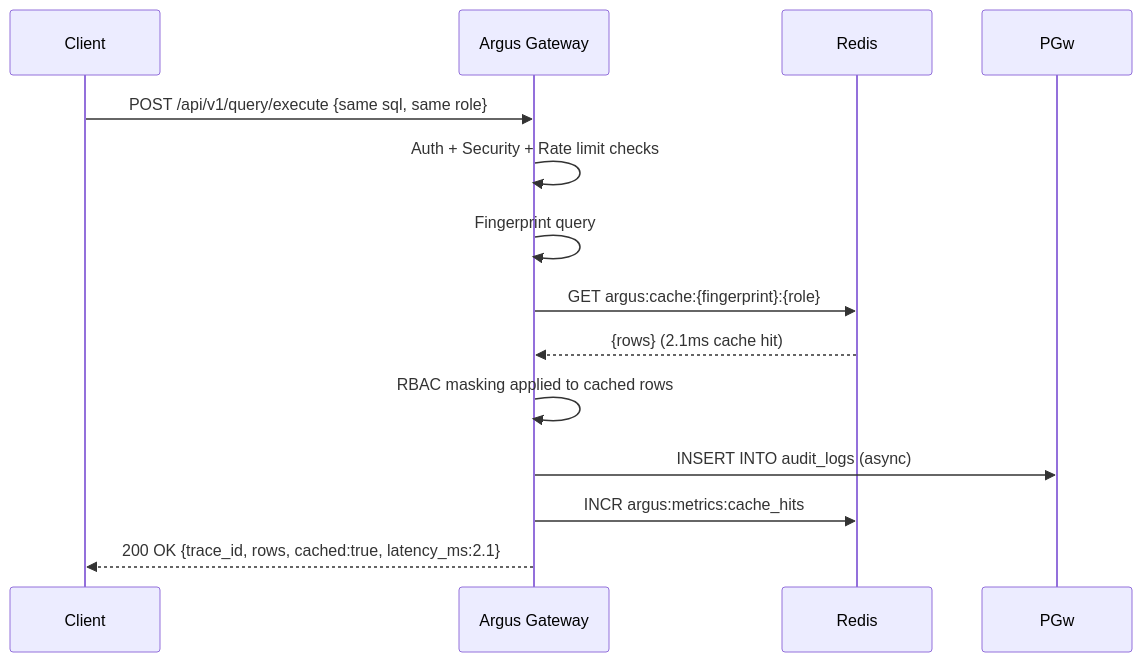
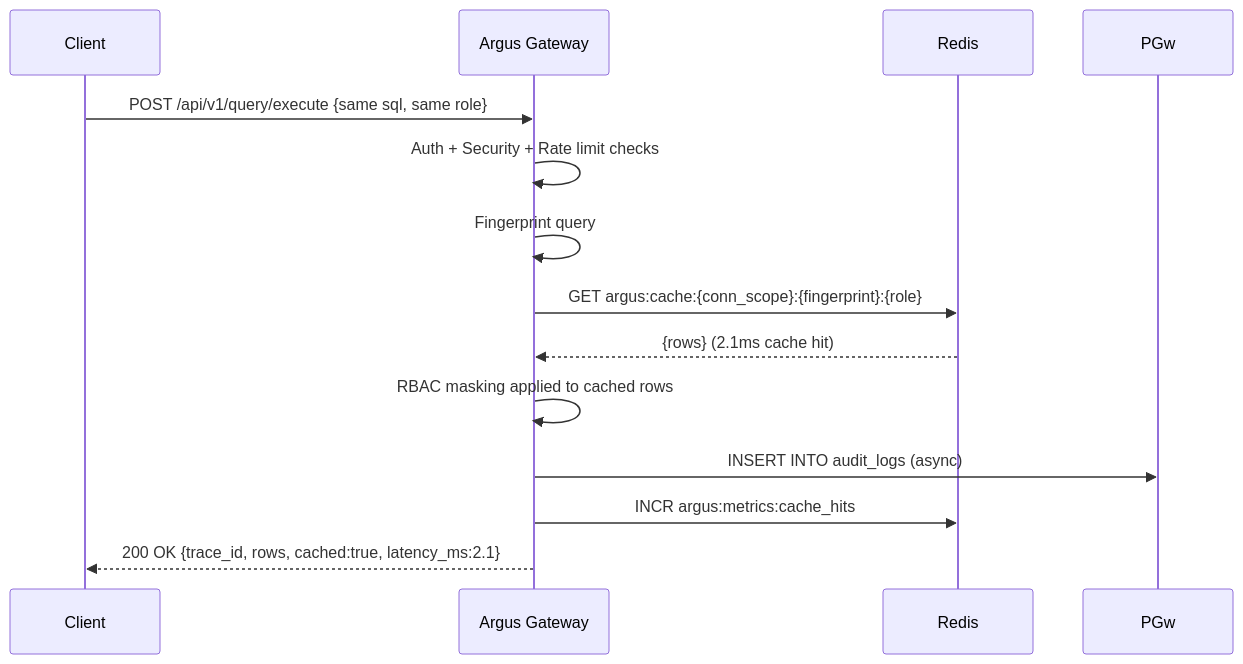
The second of 4 diagrams in docs/diagram/querysequence.md (mmaroof487/SIQG), drawn with Mermaid before and after one commit. The commit also changed other lines of this file and 40 other files, not shown here.

Commit message:
feat: complete UI and intelligence architecture implementation

````diff
--- a/docs/diagram/querysequence.md
+++ b/docs/diagram/querysequence.md
@@ -83,16 +83,16 @@
 ```mermaid
 sequenceDiagram
     participant C as Client
     participant G as Argus Gateway
     participant R as Redis
 
     C->>G: POST /api/v1/query/execute {same sql, same role}
     G->>G: Auth + Security + Rate limit checks
     G->>G: Fingerprint query
-    G->>R: GET argus:cache:{fingerprint}:{role}
+    G->>R: GET argus:cache:{conn_scope}:{fingerprint}:{role}
     R-->>G: {rows} (2.1ms cache hit)
     G->>G: RBAC masking applied to cached rows
     G->>PGw: INSERT INTO audit_logs (async)
     G->>R: INCR argus:metrics:cache_hits
     G-->>C: 200 OK {trace_id, rows, cached:true, latency_ms:2.1}
 ```
````
